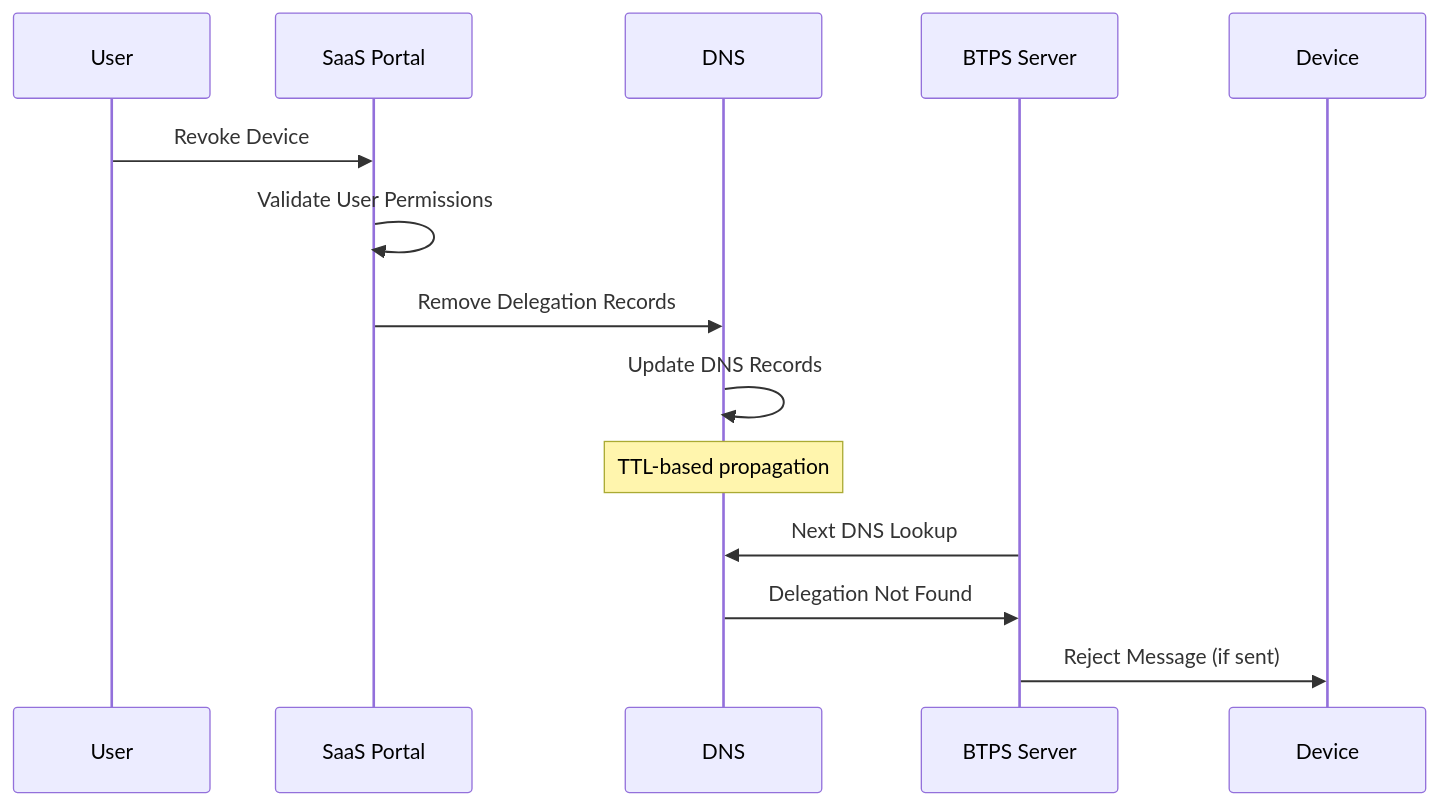
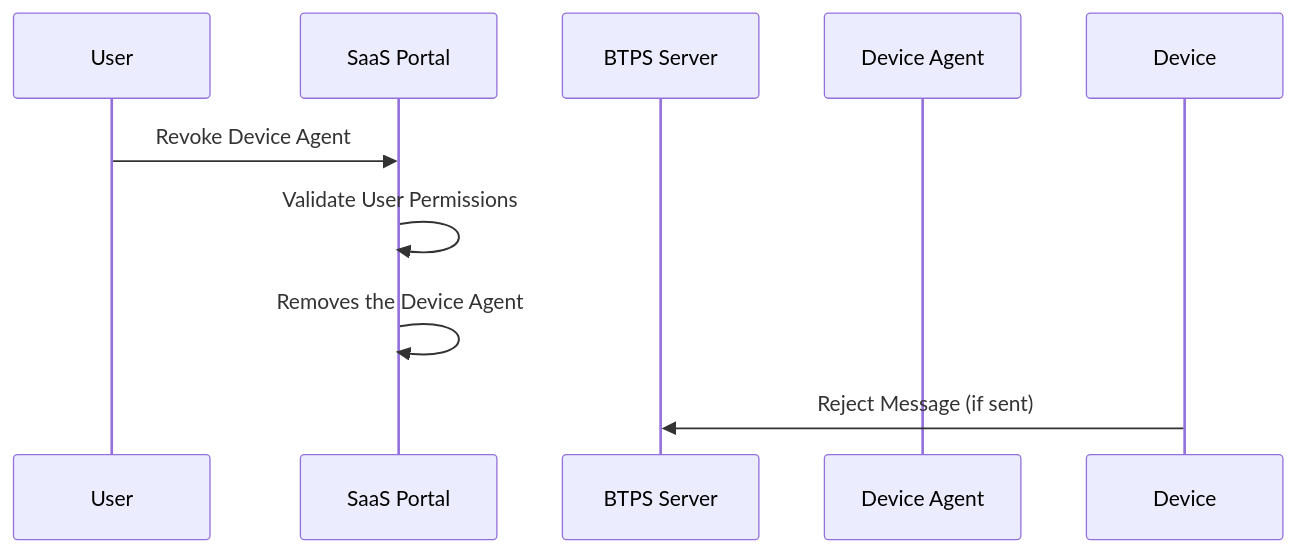
The first of 2 diagrams in docs/docusaurus/docs/protocol/delegation/revocation.md (openbtps/btps-node), drawn with Mermaid before and after one commit. The commit also changed other lines of this file and 28 other files, not shown here.

````diff
--- a/docs/docusaurus/docs/protocol/delegation/revocation.md
+++ b/docs/docusaurus/docs/protocol/delegation/revocation.md
@@ -20,17 +27,12 @@
 ```mermaid
 sequenceDiagram
     participant User
     participant SaaS Portal
-    participant DNS
     participant BTPS Server
-    participant Device
+    participant Device Agent
 
-    User->>SaaS Portal: Revoke Device
+    User->>SaaS Portal: Revoke Device Agent
     SaaS Portal->>SaaS Portal: Validate User Permissions
-    SaaS Portal->>DNS: Remove Delegation Records
-    DNS->>DNS: Update DNS Records
-    Note over DNS: TTL-based propagation
-    BTPS Server->>DNS: Next DNS Lookup
-    DNS->>BTPS Server: Delegation Not Found
-    BTPS Server->>Device: Reject Message (if sent)
+    SaaS Portal->>SaaS Portal: Removes the Device Agent
+    Device->>BTPS Server: Reject Message (if sent)
 ```
````
